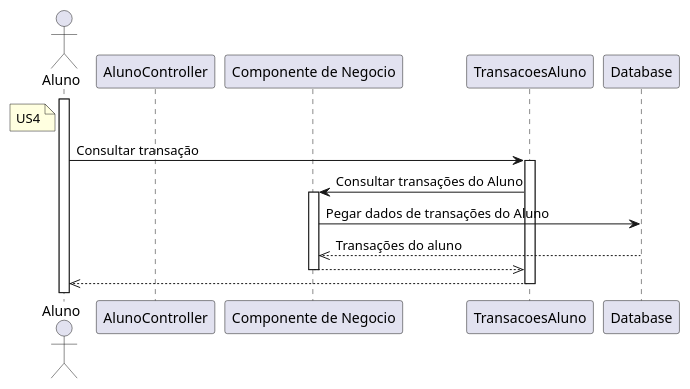
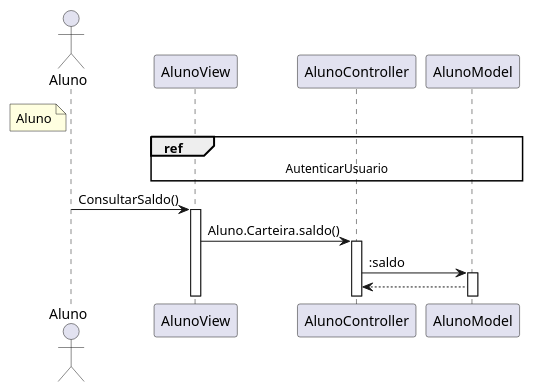
One commit to G4BR-13-L/lab-desenvolvimento-de-software changed the diagram in laboratorio-3/sprint-3/projeto/plantuml/sequencia/Aluno.plantuml. Above: the diagram before and after it, drawn with PlantUML. The commit also changed 1 other file, not shown here.

Commit message:
Diagrama de sequancia de aluno iniciado

```diff
--- a/laboratorio-3/sprint-3/projeto/plantuml/sequencia/Aluno.plantuml
+++ b/laboratorio-3/sprint-3/projeto/plantuml/sequencia/Aluno.plantuml
@@ -1,29 +1,29 @@
 @startuml Aluno
 
 
 actor "Aluno" as Aluno
 note left of Aluno #LightYellow
-US4
+Aluno
 end note
 
+participant "AlunoView" as AlunoView
 participant "AlunoController" as AlunoController
-participant "Componente de Negocio" as ComponenteTransacao
+participant "AlunoModel" as AlunoModel
 
-activate Aluno
-Aluno -> TransacoesAluno : Consultar transação
-activate TransacoesAluno
-TransacoesAluno -> ComponenteTransacao : Consultar transações do Aluno
-activate ComponenteTransacao
-ComponenteTransacao -> Database : Pegar dados de transações do Aluno
-Database -->> ComponenteTransacao : Transações do aluno
-ComponenteTransacao -->> TransacoesAluno
-deactivate ComponenteTransacao
-TransacoesAluno -->> Aluno
-deactivate TransacoesAluno
+ref over AlunoView, AlunoController, AlunoModel : AutenticarUsuario
+Aluno -> AlunoView : ConsultarSaldo()
+activate AlunoView
+AlunoView ->  AlunoController : Aluno.Carteira.saldo()
+activate AlunoController
+AlunoController -> AlunoModel : :saldo
+activate AlunoModel
+AlunoModel --> AlunoController
+
+
 
 ' --> Sincrono 
 ' -->> Assincrono
 ' <-- Retorno Sincrono
 ' <<-- Retorno Assíncrono
 
 @enduml
```
